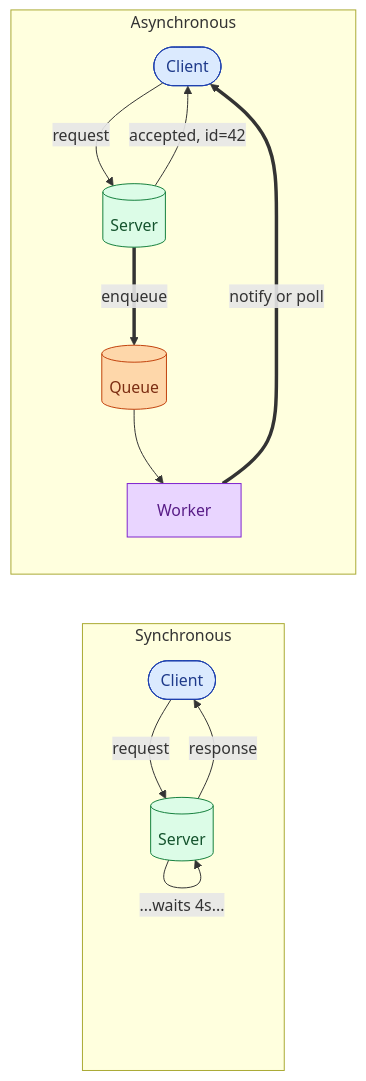
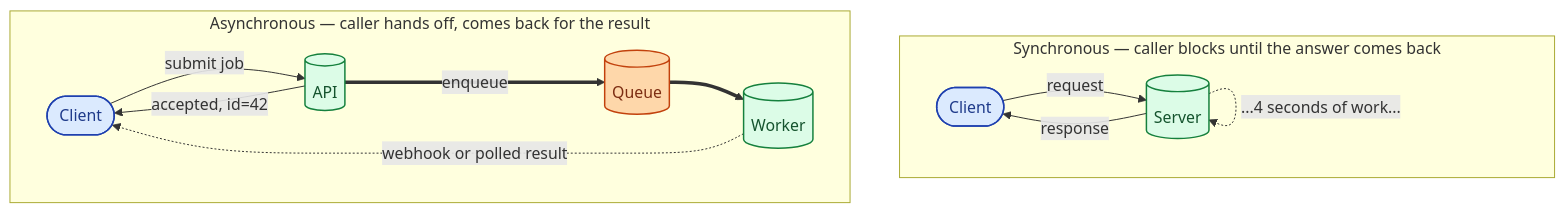
The diagram in _sd_concepts/005-sync-vs-async.md (shiningflash/shiningflash.github.io), drawn with Mermaid before and after one commit. The commit also changed 5 other files, not shown here.

First line of the commit message:
Improve mermaid diagrams across the six live concept pages

````diff
--- a/_sd_concepts/005-sync-vs-async.md
+++ b/_sd_concepts/005-sync-vs-async.md
@@ -22,21 +22,28 @@
 ```mermaid
-flowchart LR
-    subgraph SYNC["Synchronous"]
-        C1(["Client"]):::c -->|"request"| S1[("Server")]:::s
-        S1 -->|"...waits 4s..."| S1
-        S1 -->|"response"| C1
+flowchart TB
+    subgraph SYNC["Synchronous — caller blocks until the answer comes back"]
+        direction LR
+        SC(["Client"]):::client
+        SS[("Server")]:::server
+        SC -->|"request"| SS
+        SS -.->|"...4 seconds of work..."| SS
+        SS -->|"response"| SC
     end
 
-    subgraph ASYNC["Asynchronous"]
-        C2(["Client"]):::c -->|"request"| S2[("Server")]:::s
-        S2 -->|"accepted, id=42"| C2
-        S2 ==>|"enqueue"| Q[("Queue")]:::q
-        Q --> W["Worker"]:::w
-        W ==>|"notify or poll"| C2
+    subgraph ASYNC["Asynchronous — caller hands off, comes back for the result"]
+        direction LR
+        AC(["Client"]):::client
+        AS[("API")]:::server
+        Q[("Queue")]:::queue
+        W[("Worker")]:::server
+        AC -->|"submit job"| AS
+        AS -->|"accepted, id=42"| AC
+        AS ==>|"enqueue"| Q
+        Q ==> W
+        W -.->|"webhook or polled result"| AC
     end
 
-    classDef c fill:#dbeafe,stroke:#1e40af,color:#1e3a8a
-    classDef s fill:#dcfce7,stroke:#15803d,color:#14532d
-    classDef q fill:#fed7aa,stroke:#c2410c,color:#7c2d12
-    classDef w fill:#e9d5ff,stroke:#7e22ce,color:#581c87
+    classDef client fill:#dbeafe,stroke:#1e40af,color:#1e3a8a,stroke-width:1.5px
+    classDef server fill:#dcfce7,stroke:#15803d,color:#14532d,stroke-width:1.5px
+    classDef queue fill:#fed7aa,stroke:#c2410c,color:#7c2d12,stroke-width:1.5px
 ```
````
